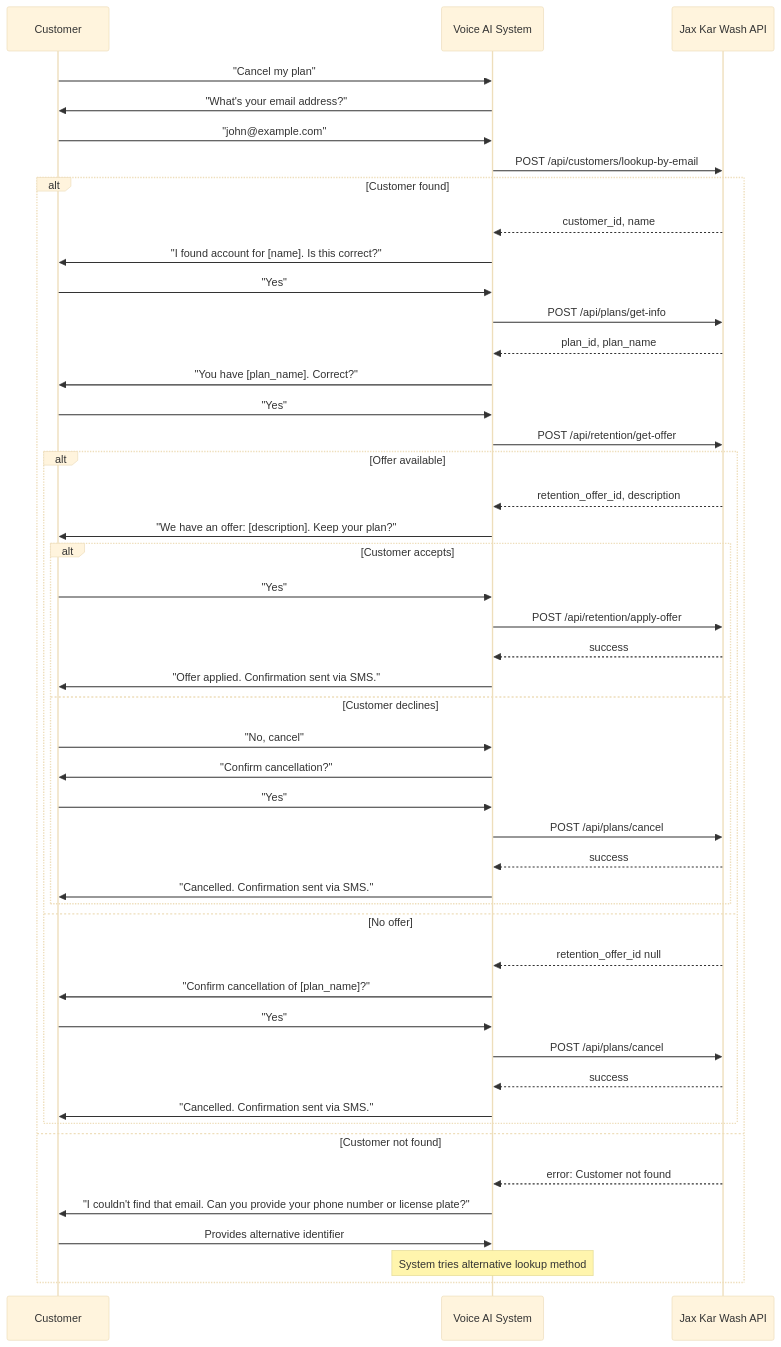
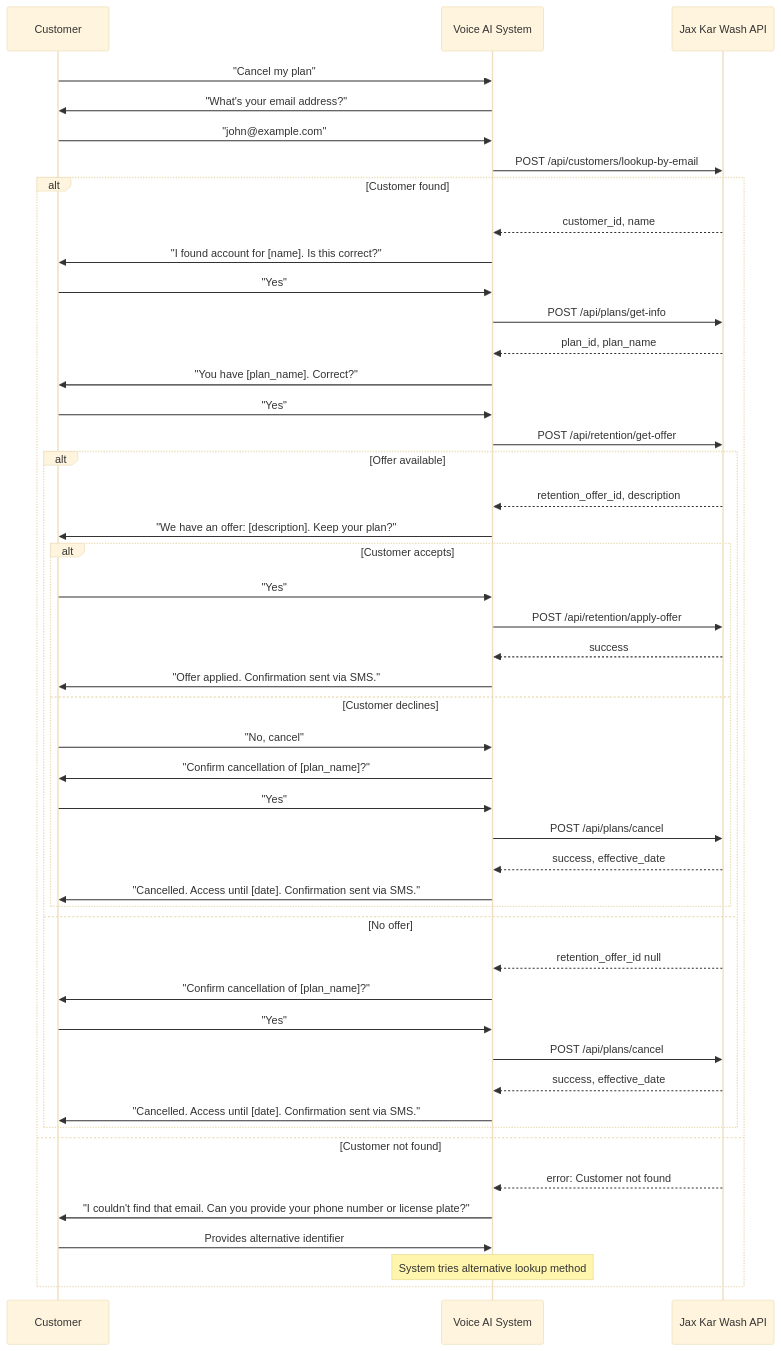
One commit to HelloWash/Public changed the sixth of 11 diagrams in Jax-Kar-Wash-API-Integration–Discussion-Document.md. Above: the diagram before and after it, drawn with Mermaid (base theme). The commit also changed other lines of this file, not shown here.

Commit message:
Update API integration discussion document

````diff
--- a/Jax-Kar-Wash-API-Integration–Discussion-Document.md
+++ b/Jax-Kar-Wash-API-Integration–Discussion-Document.md
@@ -634,50 +634,50 @@
 ```mermaid
 sequenceDiagram
     participant Customer
     participant System as Voice AI System
     participant API as Jax Kar Wash API
 
     Customer->>System: "Cancel my plan"
     System->>Customer: "What's your email address?"
     Customer->>System: "john@example.com"
     System->>API: POST /api/customers/lookup-by-email
     alt Customer found
         API-->>System: customer_id, name
         System->>Customer: "I found account for [name]. Is this correct?"
         Customer->>System: "Yes"
         System->>API: POST /api/plans/get-info
         API-->>System: plan_id, plan_name
         System->>Customer: "You have [plan_name]. Correct?"
         Customer->>System: "Yes"
         System->>API: POST /api/retention/get-offer
         alt Offer available
             API-->>System: retention_offer_id, description
             System->>Customer: "We have an offer: [description]. Keep your plan?"
             alt Customer accepts
                 Customer->>System: "Yes"
                 System->>API: POST /api/retention/apply-offer
                 API-->>System: success
                 System->>Customer: "Offer applied. Confirmation sent via SMS."
             else Customer declines
                 Customer->>System: "No, cancel"
-                System->>Customer: "Confirm cancellation?"
+                System->>Customer: "Confirm cancellation of [plan_name]?"
                 Customer->>System: "Yes"
                 System->>API: POST /api/plans/cancel
-                API-->>System: success
-                System->>Customer: "Cancelled. Confirmation sent via SMS."
+                API-->>System: success, effective_date
+                System->>Customer: "Cancelled. Access until [date]. Confirmation sent via SMS."
             end
         else No offer
             API-->>System: retention_offer_id null
             System->>Customer: "Confirm cancellation of [plan_name]?"
             Customer->>System: "Yes"
             System->>API: POST /api/plans/cancel
-            API-->>System: success
-            System->>Customer: "Cancelled. Confirmation sent via SMS."
+            API-->>System: success, effective_date
+            System->>Customer: "Cancelled. Access until [date]. Confirmation sent via SMS."
         end
     else Customer not found
         API-->>System: error: Customer not found
         System->>Customer: "I couldn't find that email. Can you provide your phone number or license plate?"
         Customer->>System: Provides alternative identifier
         Note over System: System tries alternative lookup method
     end
 ```
````
